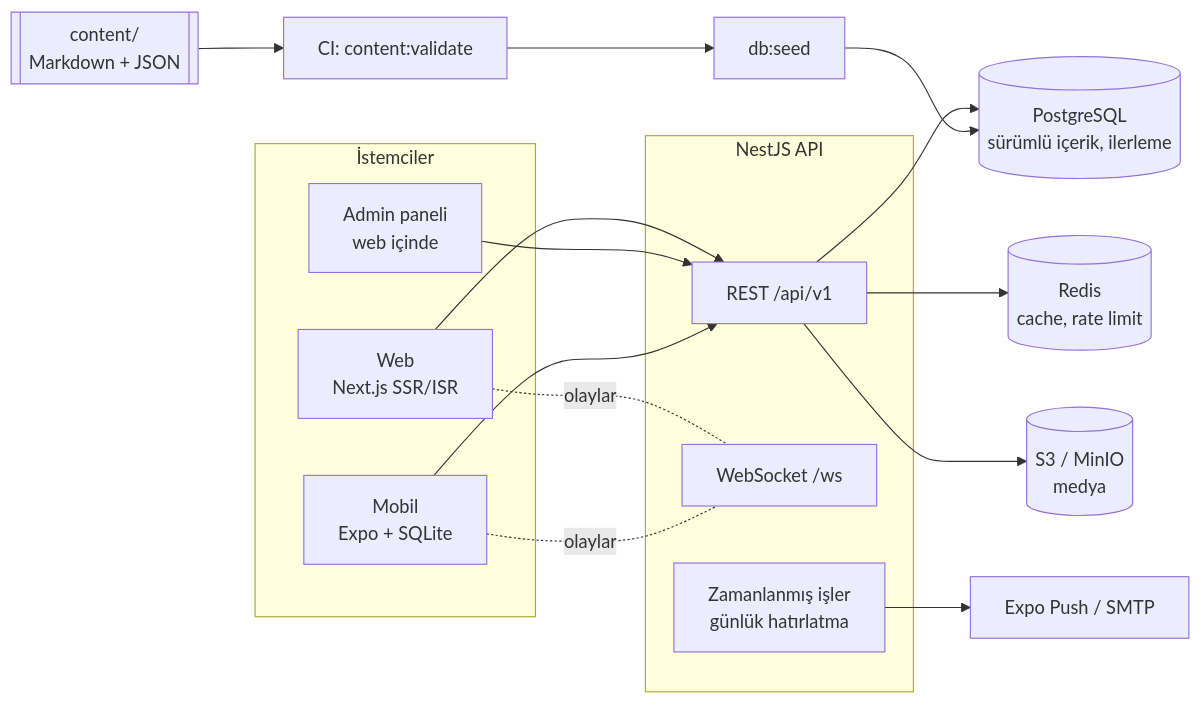
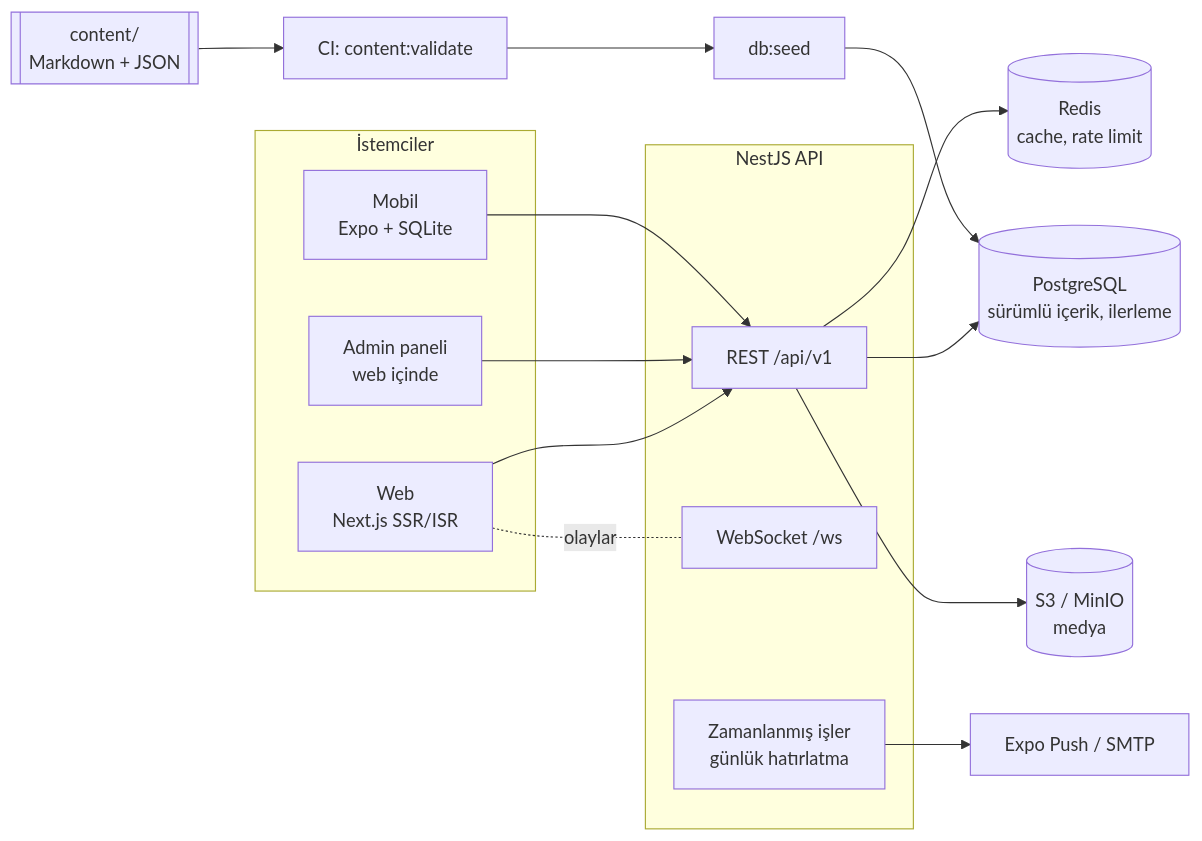
One commit to Sabridemr/dev-academy changed the first of 2 diagrams in docs/architecture.md. Above: the diagram before and after it, drawn with Mermaid. The commit also changed other lines of this file and 5 other files, not shown here.

````diff
--- a/docs/architecture.md
+++ b/docs/architecture.md
@@ -7,28 +7,28 @@
 ```mermaid
 flowchart LR
   subgraph Clients[İstemciler]
     W[Web<br/>Next.js SSR/ISR]
     A[Admin paneli<br/>web içinde]
     M[Mobil<br/>Expo + SQLite]
   end
   subgraph API[NestJS API]
     R[REST /api/v1]
     WS[WebSocket /ws]
     CRON[Zamanlanmış işler<br/>günlük hatırlatma]
   end
   PG[(PostgreSQL<br/>sürümlü içerik, ilerleme)]
   RD[(Redis<br/>cache, rate limit)]
   S3[(S3 / MinIO<br/>medya)]
   PUSH[Expo Push / SMTP]
   C[[content/<br/>Markdown + JSON]]
   CI[CI: content:validate]
   SEED[db:seed]
 
   W & A & M --> R
-  W & M -. olaylar .- WS
+  W -. olaylar .- WS
   R --> PG
   R --> RD
   R --> S3
   CRON --> PUSH
   C --> CI --> SEED --> PG
 ```
````
